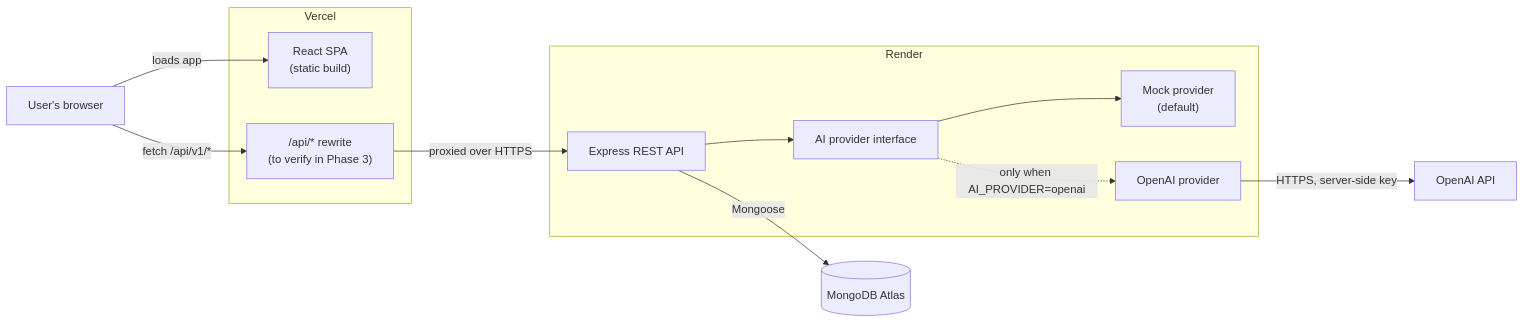
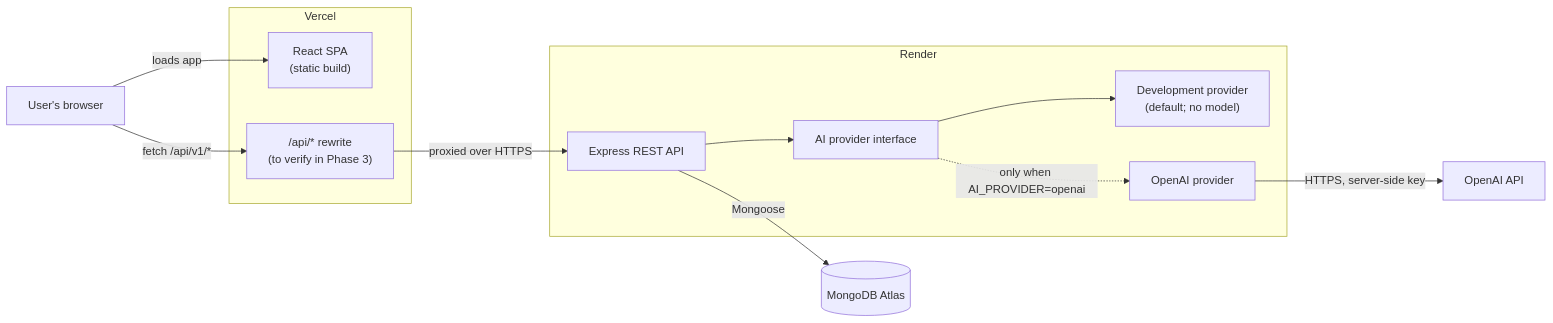
Before and after one commit to sudhanshuthakur108-cpu/opspilot-ai: the first of 2 diagrams in docs/ARCHITECTURE.md, drawn with Mermaid. The commit also changed other lines of this file and 19 other files, not shown here.

````diff
--- a/docs/ARCHITECTURE.md
+++ b/docs/ARCHITECTURE.md
@@ -16,28 +16,28 @@
 ```mermaid
 flowchart LR
     user["User's browser"]
 
     subgraph vercel["Vercel"]
         spa["React SPA<br/>(static build)"]
         rewrite["/api/* rewrite<br/>(to verify in Phase 3)"]
     end
 
     subgraph render["Render"]
         api["Express REST API"]
         aiif["AI provider interface"]
-        mock["Mock provider<br/>(default)"]
+        dev["Development provider<br/>(default; no model)"]
         oai["OpenAI provider"]
     end
 
     db[("MongoDB Atlas")]
     openai["OpenAI API"]
 
     user -->|"loads app"| spa
     user -->|"fetch /api/v1/*"| rewrite
     rewrite -->|"proxied over HTTPS"| api
     api -->|"Mongoose"| db
     api --> aiif
-    aiif --> mock
+    aiif --> dev
     aiif -.->|"only when AI_PROVIDER=openai"| oai
     oai -->|"HTTPS, server-side key"| openai
 ```
````
